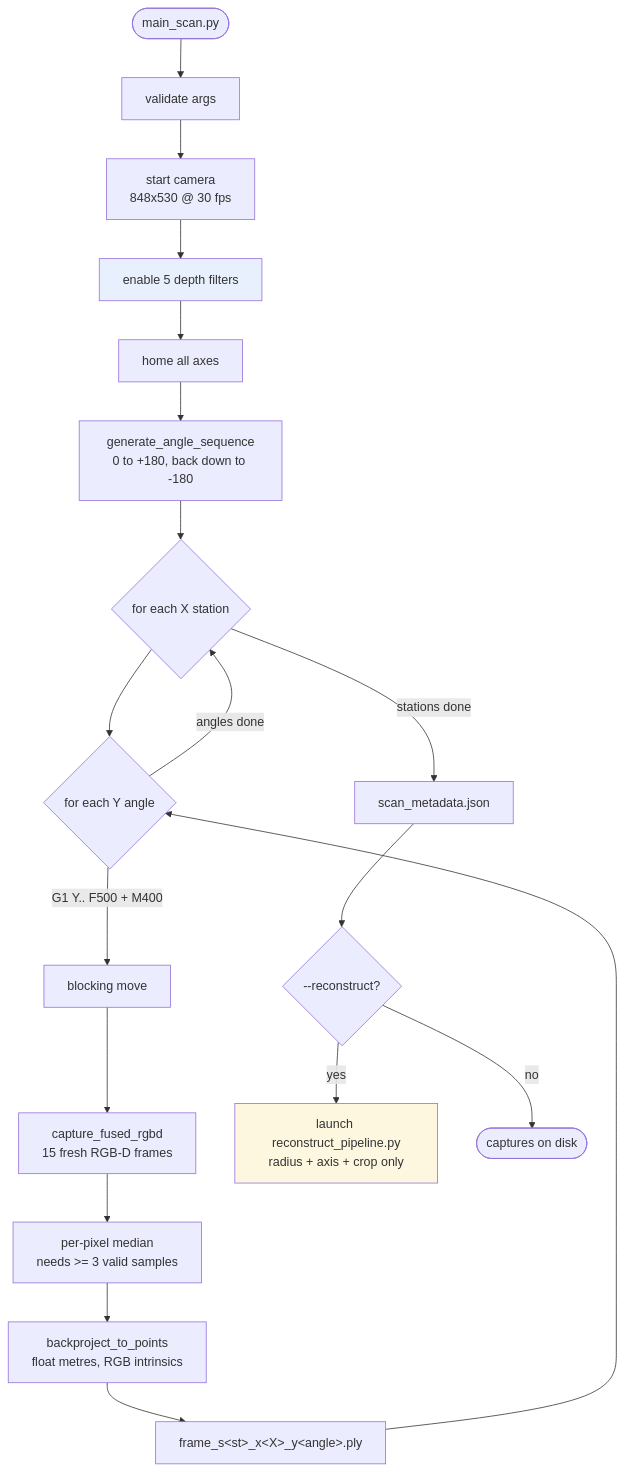
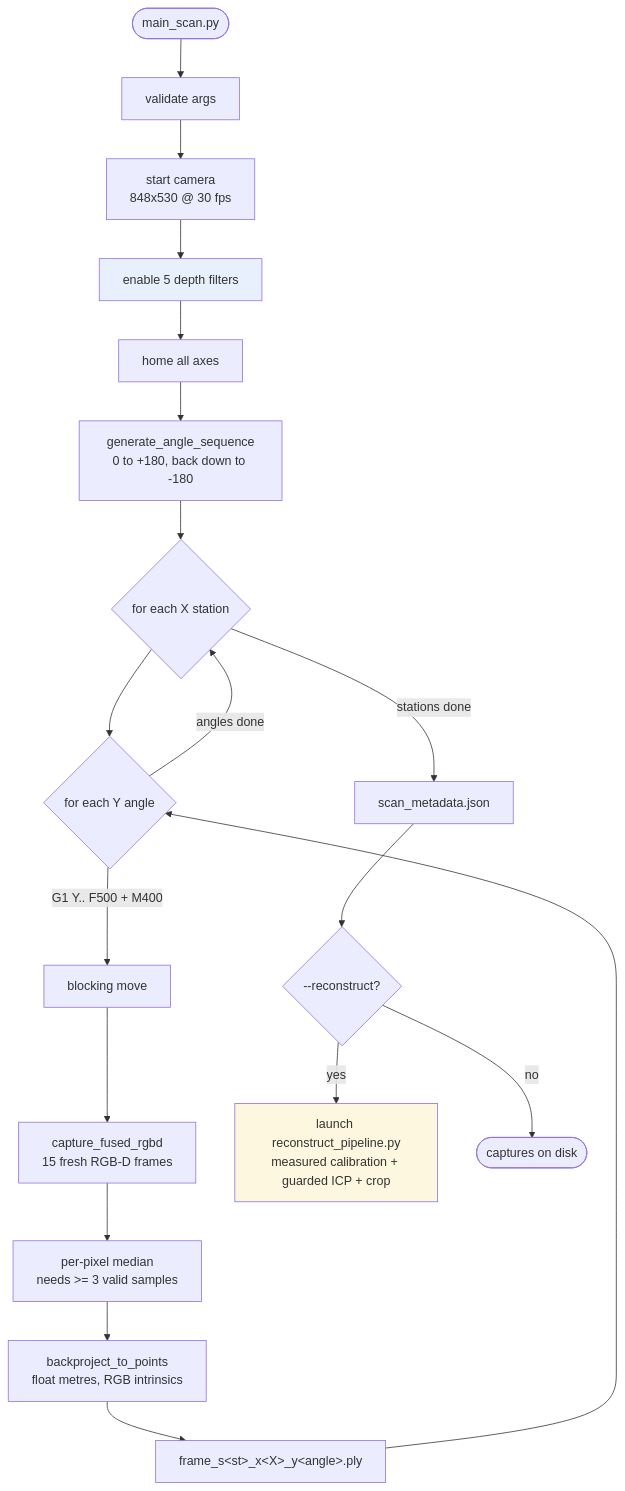
Before and after one commit to RishWijewardhena/Hena-Jet: the third of 7 diagrams in scripts/sync_workflow/WORKFLOW.md, drawn with Mermaid. The commit also changed other lines of this file and 7 other files, not shown here.

First line of the commit message:
feat(sync-workflow): default to calibrated geometry and guarded ICP

````diff
--- a/scripts/sync_workflow/WORKFLOW.md
+++ b/scripts/sync_workflow/WORKFLOW.md
@@ -102,25 +102,25 @@
 ```mermaid
 flowchart TD
     START([main_scan.py]) --> VAL[validate args]
     VAL --> CAM[start camera<br/>848x530 @ 30 fps]
     CAM --> FILT["enable 5 depth filters"]
     FILT --> HOME[home all axes]
     HOME --> PLAN["generate_angle_sequence<br/>0 to +180, back down to -180"]
 
     PLAN --> XLOOP{for each X station}
     XLOOP --> YLOOP{for each Y angle}
     YLOOP -->|"G1 Y.. F500 + M400"| SETTLE[blocking move]
     SETTLE --> BURST["capture_fused_rgbd<br/>15 fresh RGB-D frames"]
     BURST --> FUSE["per-pixel median<br/>needs &gt;= 3 valid samples"]
     FUSE --> PROJ["backproject_to_points<br/>float metres, RGB intrinsics"]
     PROJ --> SAVE["frame_s&lt;st&gt;_x&lt;X&gt;_y&lt;angle&gt;.ply"]
     SAVE --> YLOOP
     YLOOP -->|angles done| XLOOP
     XLOOP -->|stations done| META[scan_metadata.json]
     META --> RECON{"--reconstruct?"}
-    RECON -->|yes| SUB["launch reconstruct_pipeline.py<br/>radius + axis + crop only"]
+    RECON -->|yes| SUB["launch reconstruct_pipeline.py<br/>measured calibration + guarded ICP + crop"]
     RECON -->|no| DONE([captures on disk])
 
     style FILT fill:#e8f0fe
     style SUB fill:#fef7e0
 ```
````
